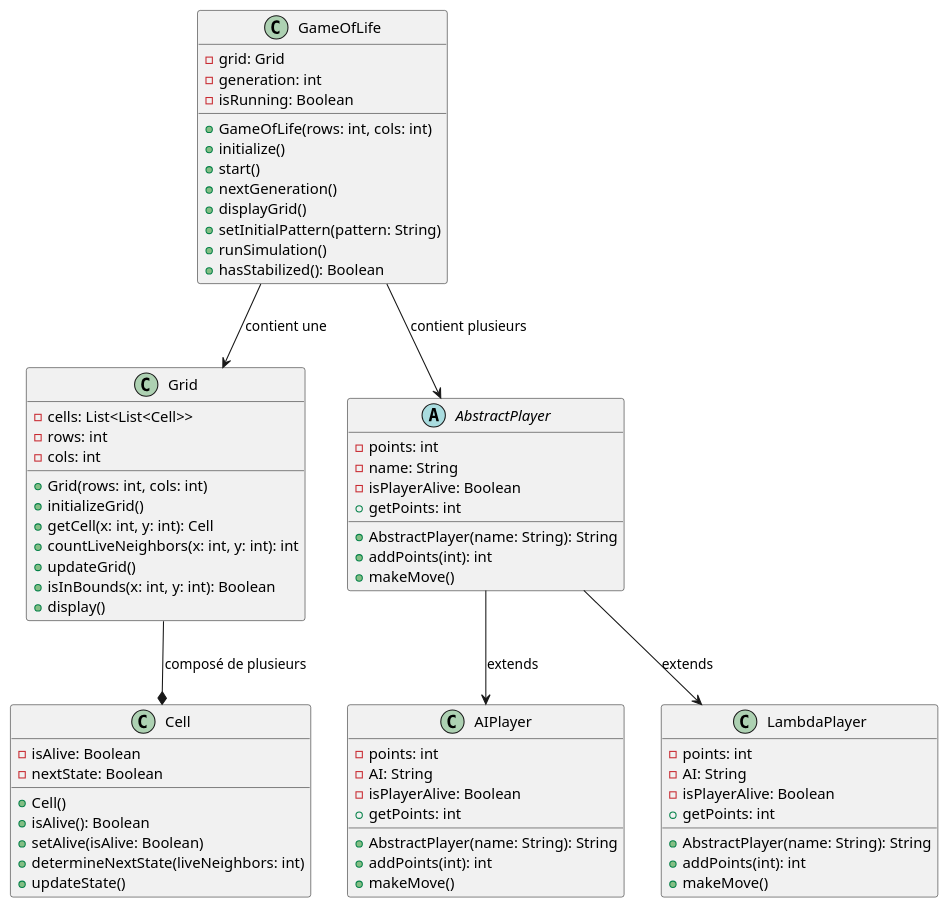
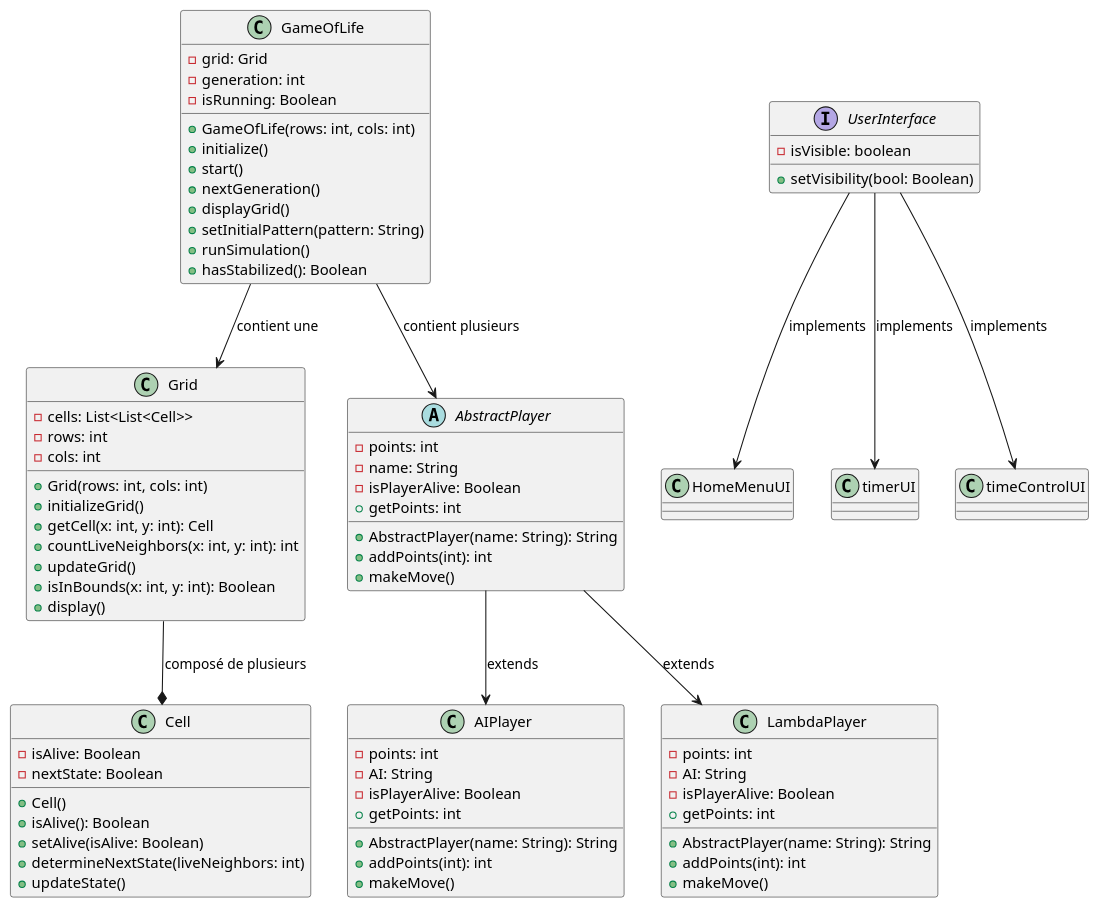
Before and after one commit to kammohamine/ConwaysGame: the diagram in JeuDeLaVie/docs/diagram.puml, drawn with PlantUML. The commit also changed 1 other file, not shown here.

Commit message:
[UPDATE] UMLdiagram

```diff
--- a/JeuDeLaVie/docs/diagram.puml
+++ b/JeuDeLaVie/docs/diagram.puml
@@ -1,79 +1,99 @@
 @startuml diagram
 
 class GameOfLife {
     - grid: Grid
     - generation: int
     - isRunning: Boolean
     + GameOfLife(rows: int, cols: int)
     + initialize()
     + start()
     + nextGeneration()
     + displayGrid()
     + setInitialPattern(pattern: String)
     + runSimulation()
     + hasStabilized(): Boolean
 }
 
 class Grid {
     - cells: List<List<Cell>>
     - rows: int
     - cols: int
     + Grid(rows: int, cols: int)
     + initializeGrid()
     + getCell(x: int, y: int): Cell
     + countLiveNeighbors(x: int, y: int): int
     + updateGrid()
     + isInBounds(x: int, y: int): Boolean
     + display()
 }
 
 class Cell {
     - isAlive: Boolean
     - nextState: Boolean
     + Cell()
     + isAlive(): Boolean
     + setAlive(isAlive: Boolean)
     + determineNextState(liveNeighbors: int)
     + updateState()
 }
 
 
 abstract class AbstractPlayer {
     - points: int
     - name: String
     - isPlayerAlive: Boolean
     + AbstractPlayer(name: String): String
     + getPoints: int
     + addPoints(int): int
     + makeMove()
 
     }
 
 class AIPlayer {
     - points: int
     - AI: String
     - isPlayerAlive: Boolean
     + AbstractPlayer(name: String): String
     + getPoints: int
     + addPoints(int): int
     + makeMove()
 }
 
 class LambdaPlayer {
     - points: int
     - AI: String
     - isPlayerAlive: Boolean
     + AbstractPlayer(name: String): String
     + getPoints: int
     + addPoints(int): int
     + makeMove()
 }
 
+interface UserInterface {
+    - isVisible: boolean
+    + setVisibility(bool: Boolean)
+}
+
+class HomeMenuUI {
+
+}
+
+class timerUI {
+
+}
+
+class timeControlUI {
+
+}
+
 GameOfLife --> Grid : "contient une"
 Grid --* Cell : "composé de plusieurs"
 GameOfLife --> AbstractPlayer : "contient plusieurs"
 AbstractPlayer --> AIPlayer : "extends"
 AbstractPlayer --> LambdaPlayer : "extends"
+UserInterface --> HomeMenuUI : "implements"
+UserInterface --> timerUI : "implements"
+UserInterface --> timeControlUI: "implements"
 
 
 @enduml
```
